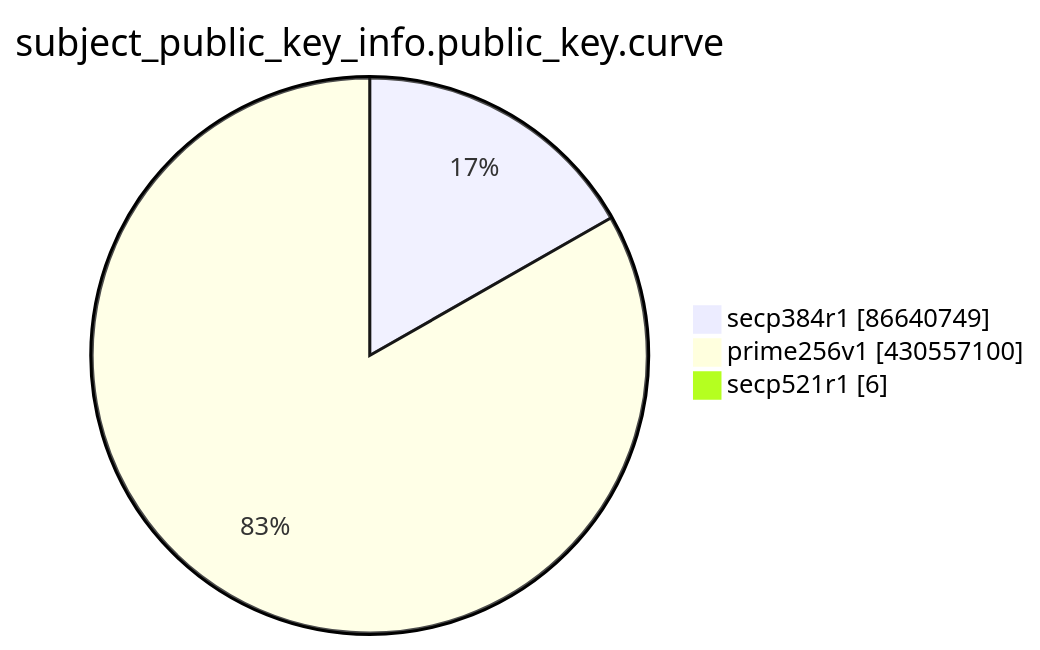
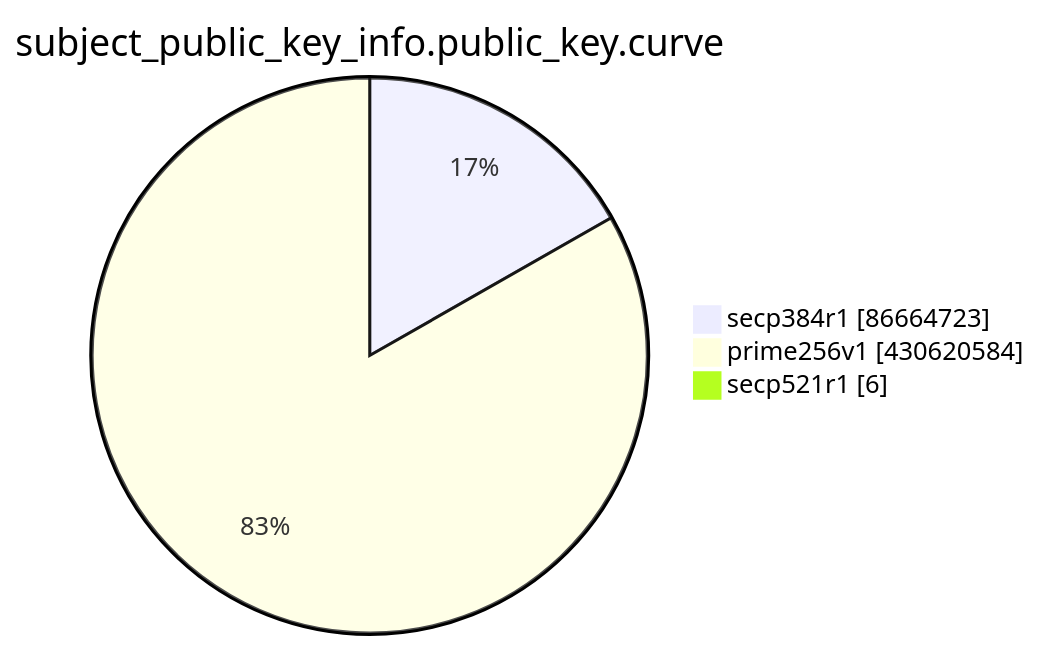
Before and after one commit to christiankrug/ctmonitor_visualization: the eighth of 15 diagrams in TOTAL/README.md, drawn with Mermaid. The commit also changed other lines of this file, not shown here.

````diff
--- a/TOTAL/README.md
+++ b/TOTAL/README.md
@@ -3100,7 +3100,7 @@
 ```mermaid
 pie showData
 title subject_public_key_info.public_key.curve
-"secp384r1" :86640749
-"prime256v1" :430557100
+"secp384r1" :86664723
+"prime256v1" :430620584
 "secp521r1" :6
 ```
````
